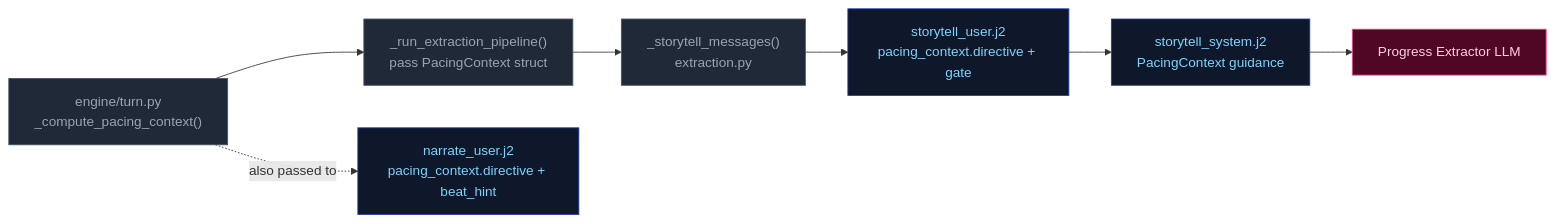
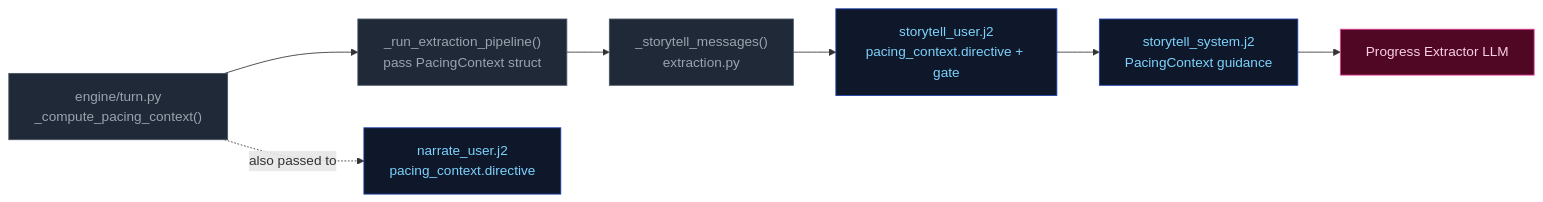
One commit to pww217/fablethread changed the second of 2 diagrams in docs/architecture/pacing-context.md. Above: the diagram before and after it, drawn with Mermaid. The commit also changed other lines of this file and 13 other files, not shown here.

````diff
--- a/docs/architecture/pacing-context.md
+++ b/docs/architecture/pacing-context.md
@@ -57,17 +55,17 @@
 ```mermaid
 flowchart LR
     classDef pyNode fill:#1f2937,color:#9ca3af,stroke:#4b5563
     classDef prompt fill:#0f172a,color:#7dd3fc,stroke:#1e40af
     classDef extractor fill:#500724,color:#fbcfe8,stroke:#ec4899
 
     TURN["engine/turn.py<br>_compute_pacing_context()"]:::pyNode
     PIPELINE["_run_extraction_pipeline()<br>pass PacingContext struct"]:::pyNode
     EXTRACT_FN["_storytell_messages()<br>extraction.py"]:::pyNode
     USER_TMPL["storytell_user.j2<br>pacing_context.directive + gate"]:::prompt
     SYS_TMPL["storytell_system.j2<br>PacingContext guidance"]:::prompt
-    NARRATE_TMPL["narrate_user.j2<br>pacing_context.directive + beat_hint"]:::prompt
+    NARRATE_TMPL["narrate_user.j2<br>pacing_context.directive"]:::prompt
 
     TURN --> PIPELINE --> EXTRACT_FN --> USER_TMPL
     USER_TMPL --> SYS_TMPL --> EXTRACTOR["Progress Extractor LLM"]:::extractor
     TURN -. "also passed to" .-> NARRATE_TMPL
 ```
````
